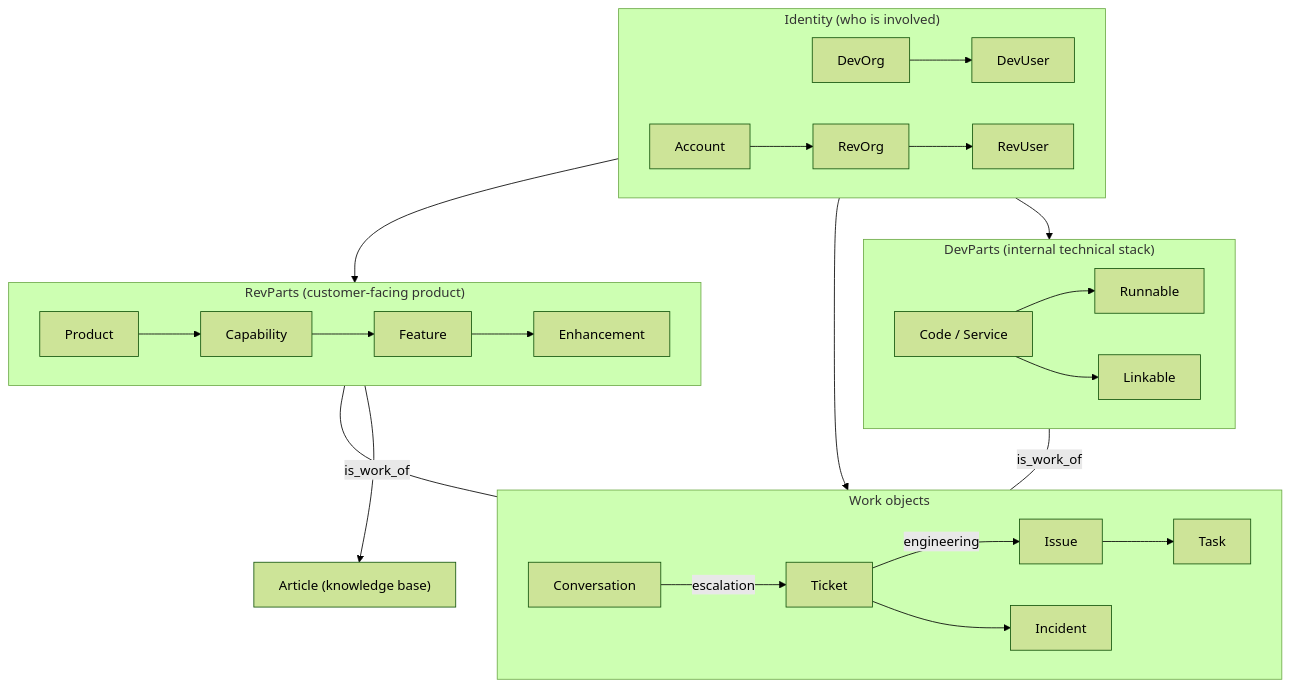
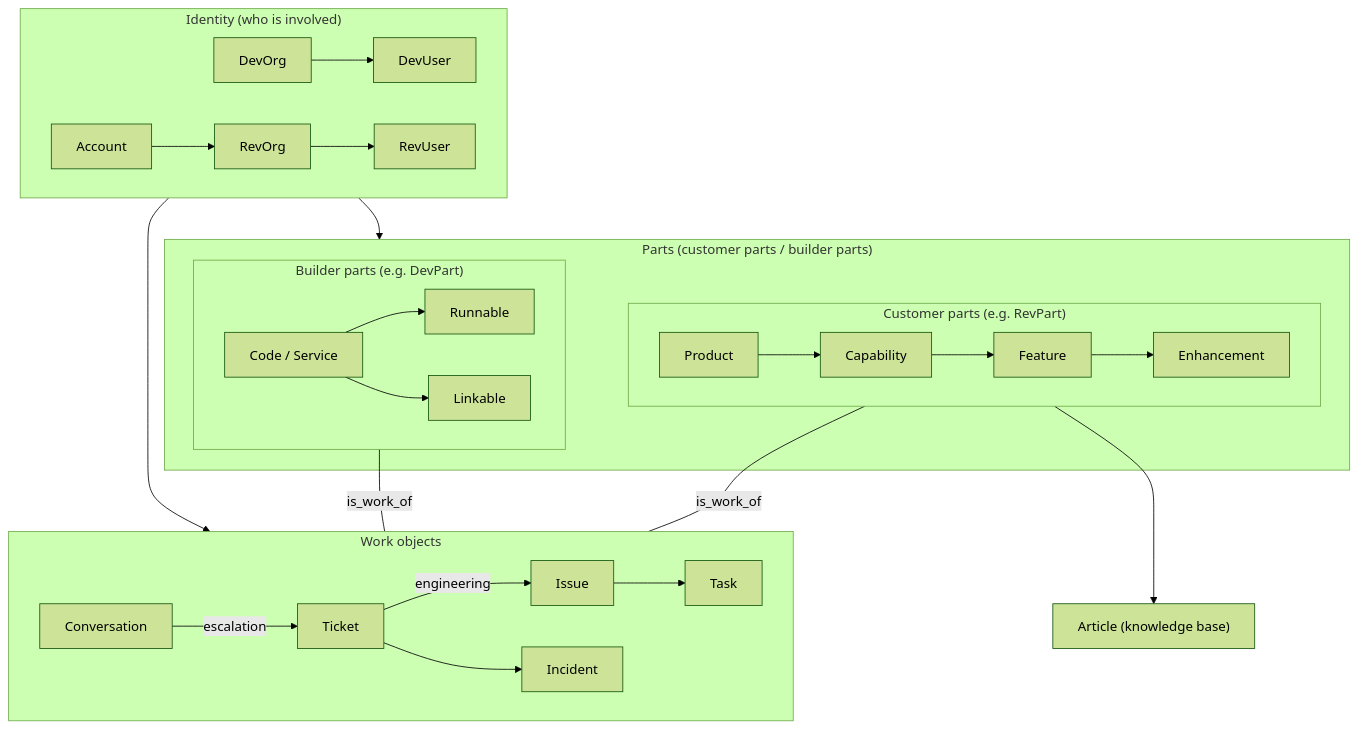
One commit to takanorisuzuki/devrev-guide changed the diagram in docs/en/architecture.md. Above: the diagram before and after it, drawn with Mermaid (forest theme). The commit also changed other lines of this file and 4 other files, not shown here.

First line of the commit message:
docs: 公式の identity/parts/work に用語と図を整合（Core concepts / Parts & trails 出典）

````diff
--- a/docs/en/architecture.md
+++ b/docs/en/architecture.md
@@ -14,31 +14,31 @@
 ```mermaid
 graph TB
     subgraph Identity["Identity (who is involved)"]
         DevOrg --> DevUser
         Account --> RevOrg --> RevUser
     end
 
-    subgraph RevParts["RevParts (customer-facing product)"]
-        Product --> Capability --> Feature
-        Feature --> Enhancement
+    subgraph Parts["Parts (customer parts / builder parts)"]
+        subgraph CustomerParts["Customer parts (e.g. RevPart)"]
+            Product --> Capability --> Feature
+            Feature --> Enhancement
+        end
+        subgraph BuilderParts["Builder parts (e.g. DevPart)"]
+            CodeService["Code / Service"] --> Runnable
+            CodeService --> Linkable
+        end
     end
 
     subgraph Work["Work objects"]
         Conversation -->|escalation| Ticket
         Ticket -->|engineering| Issue
         Issue --> Task
         Ticket --> Incident
     end
 
-    subgraph DevParts["DevParts (internal technical stack)"]
-        CodeService["Code / Service"] --> Runnable
-        CodeService --> Linkable
-    end
-
-    RevParts ---|is_work_of| Work
-    DevParts ---|is_work_of| Work
-    RevParts --> Article["Article (knowledge base)"]
-    Identity --> RevParts
+    CustomerParts ---|is_work_of| Work
+    BuilderParts ---|is_work_of| Work
+    CustomerParts --> Article["Article (knowledge base)"]
+    Identity --> Parts
     Identity --> Work
-    Identity --> DevParts
 ```
````
